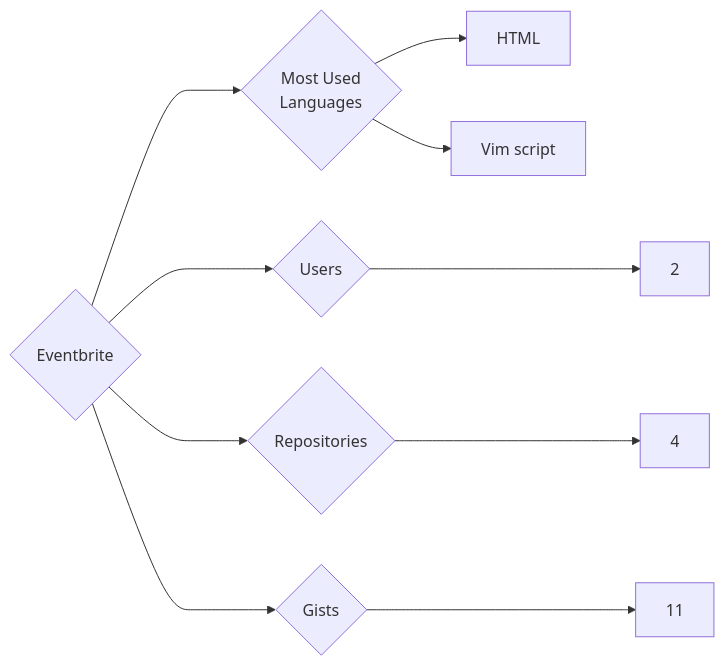
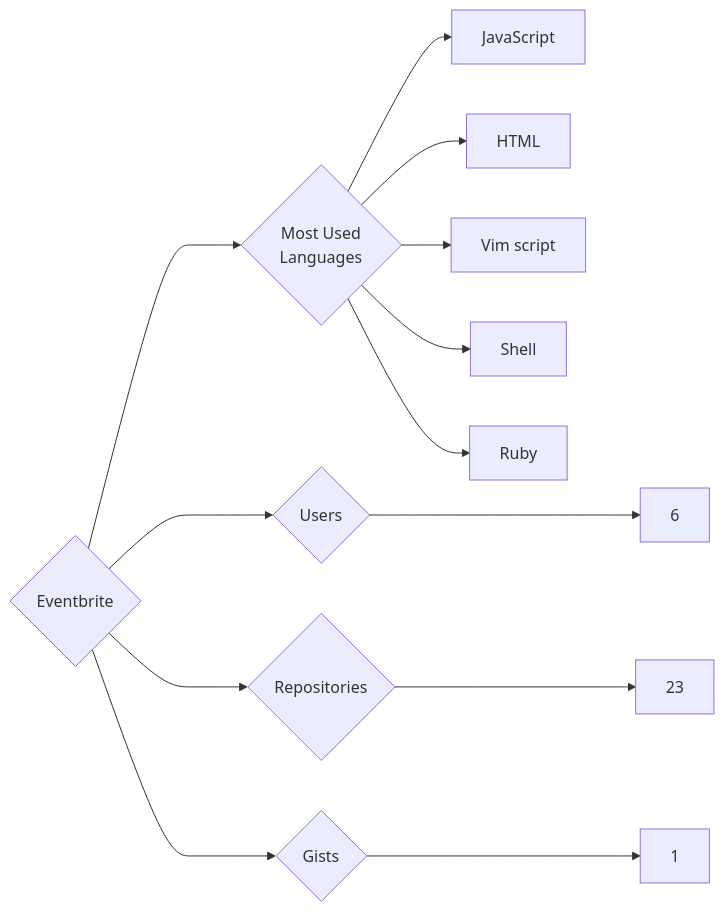
Before and after one commit to trickest/insiders: the diagram in targets/Eventbrite/README.md, drawn with Mermaid. The commit also changed 930 other files, not shown here.

````diff
--- a/targets/Eventbrite/README.md
+++ b/targets/Eventbrite/README.md
@@ -3,10 +3,13 @@
 ```mermaid
 graph LR
 COMPANY_NAME{Eventbrite}
-COMPANY_NAME ---> U{Users} ---> UN[2]
-COMPANY_NAME ---> R{Repositories} ---> RN[4]
-COMPANY_NAME ---> G{Gists} ---> GN[11]
+COMPANY_NAME ---> U{Users} ---> UN[6]
+COMPANY_NAME ---> R{Repositories} ---> RN[23]
+COMPANY_NAME ---> G{Gists} ---> GN[1]
 COMPANY_NAME ---> ML{Most Used<br>Languages}
+ML --> JavaScript[JavaScript]
 ML --> HTML[HTML]
 ML --> Vim_script[Vim script]
+ML --> Shell[Shell]
+ML --> Ruby[Ruby]
 ```
````
